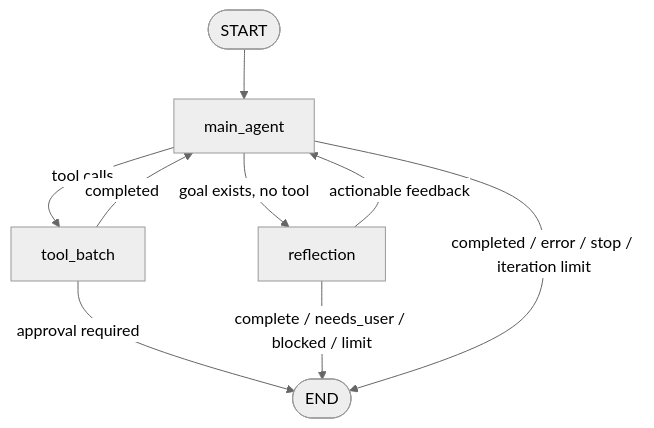
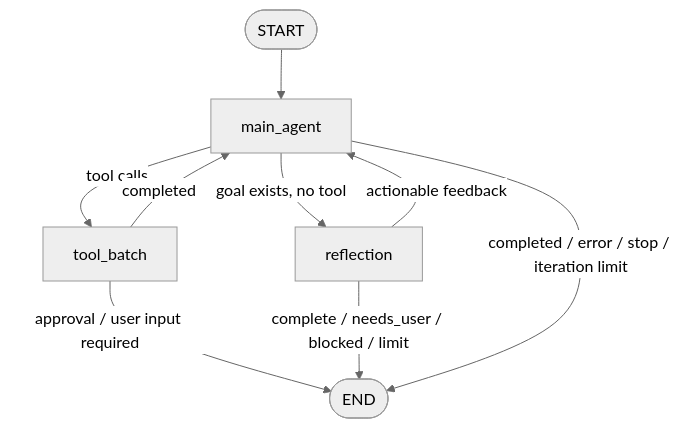
Before and after one commit to universero/InnoAgent: the diagram in assert/knowledge/01-runtime-and-langgraph.md, drawn with Mermaid (neutral theme). The commit also changed other lines of this file and 18 other files, not shown here.

````diff
--- a/assert/knowledge/01-runtime-and-langgraph.md
+++ b/assert/knowledge/01-runtime-and-langgraph.md
@@ -32,11 +32,11 @@
 ```mermaid
 flowchart TD
     Start([START]) --> Main[main_agent]
     Main -->|tool calls| Tools[tool_batch]
     Tools -->|completed| Main
-    Tools -->|approval required| End([END])
+    Tools -->|approval / user input required| End([END])
     Main -->|goal exists, no tool| Reflect[reflection]
     Reflect -->|actionable feedback| Main
     Reflect -->|complete / needs_user / blocked / limit| End
     Main -->|completed / error / stop / iteration limit| End
 ```
````
